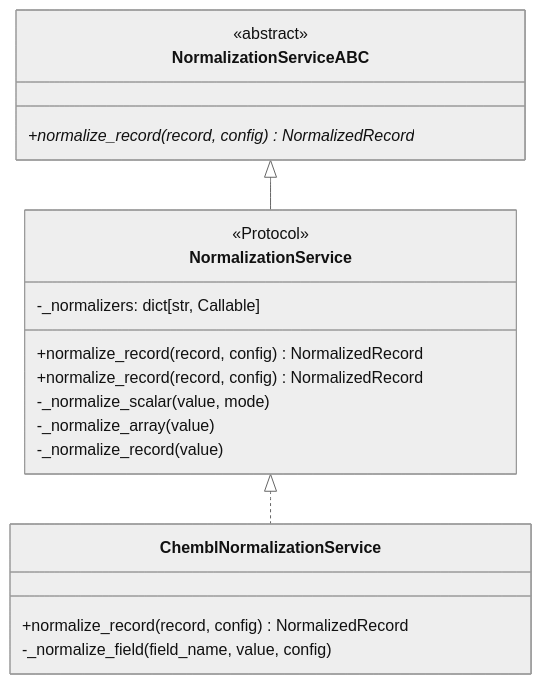
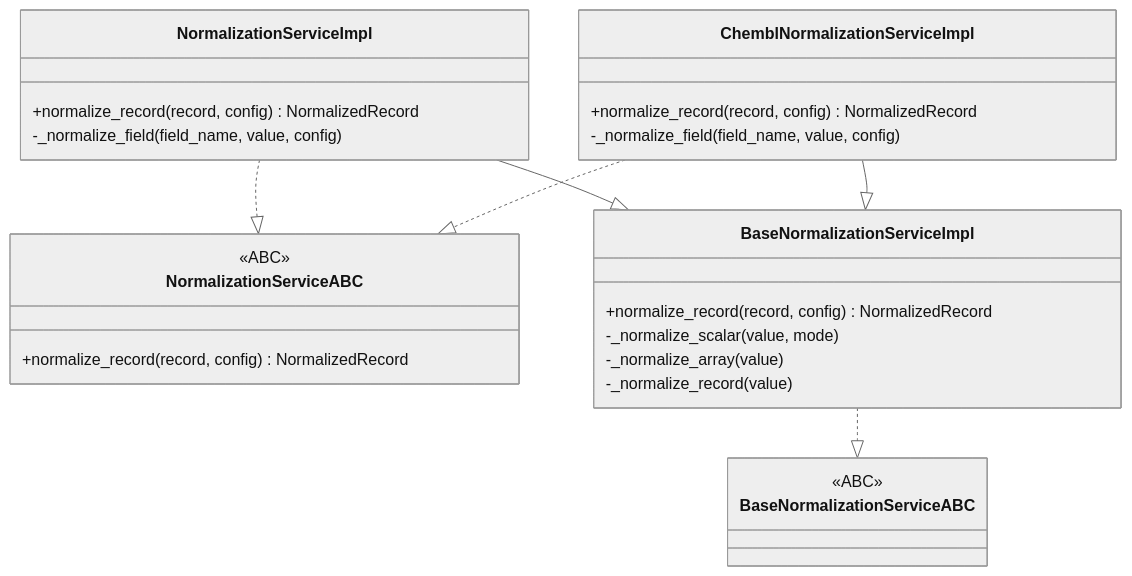
Before and after one commit to SatoryKono/BioactivityDataAcquisition: the fourth of 10 diagrams in docs/architecture/14-class-diagrams-domain.md, drawn with Mermaid (neutral theme). The commit also changed 6 other files, not shown here.

Commit message:
docs: clarify normalization service roles

````diff
--- a/docs/architecture/14-class-diagrams-domain.md
+++ b/docs/architecture/14-class-diagrams-domain.md
@@ -140,31 +140,34 @@
 ```mermaid
 ---
 id: 94ef3597-e183-4cc2-a707-ab005656c990
 ---
 classDiagram
-    class NormalizationService {
-        <<Protocol>>
+    class NormalizationServiceABC {
+        <<ABC>>
         +normalize_record(record, config) NormalizedRecord
     }
 
-    class ChemblNormalizationService {
-        +normalize_record(record, config) NormalizedRecord
-        -_normalize_field(field_name, value, config)
-    }
-
-    class NormalizationServiceABC {
-        <<abstract>>
-        +normalize_record(record, config)* NormalizedRecord
-    }
-
-    class NormalizationService {
-        -_normalizers: dict[str, Callable]
+    class BaseNormalizationServiceABC { <<ABC>> }
+    class BaseNormalizationServiceImpl {
         +normalize_record(record, config) NormalizedRecord
         -_normalize_scalar(value, mode)
         -_normalize_array(value)
         -_normalize_record(value)
     }
 
-    NormalizationService <|.. ChemblNormalizationService
-    NormalizationServiceABC <|-- NormalizationService
+    class NormalizationServiceImpl {
+        +normalize_record(record, config) NormalizedRecord
+        -_normalize_field(field_name, value, config)
+    }
+
+    class ChemblNormalizationServiceImpl {
+        +normalize_record(record, config) NormalizedRecord
+        -_normalize_field(field_name, value, config)
+    }
+
+    BaseNormalizationServiceImpl ..|> BaseNormalizationServiceABC
+    NormalizationServiceImpl --|> BaseNormalizationServiceImpl
+    ChemblNormalizationServiceImpl --|> BaseNormalizationServiceImpl
+    NormalizationServiceImpl ..|> NormalizationServiceABC
+    ChemblNormalizationServiceImpl ..|> NormalizationServiceABC
 ```
````
